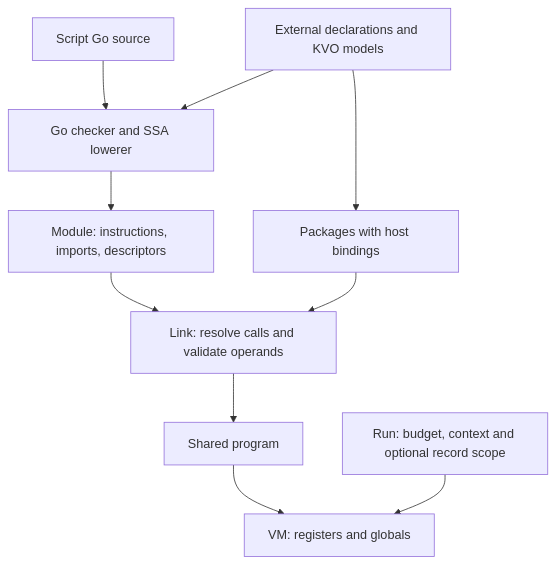
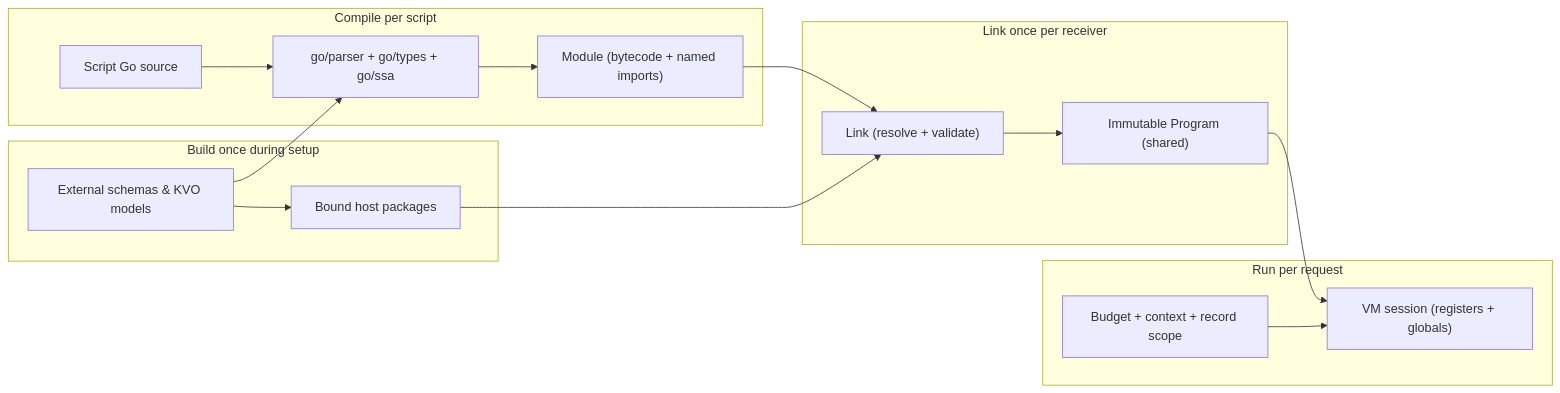
The first of 9 diagrams in _docs/EVMBook.md (andreyvit/evm), drawn with Mermaid before and after one commit. The commit also changed other lines of this file and 1 other file, not shown here.

````diff
--- a/_docs/EVMBook.md
+++ b/_docs/EVMBook.md
@@ -53,12 +166,22 @@
 ```mermaid
-flowchart TD
-    G[Script Go source] --> C[Go checker and SSA lowerer]
-    S[External declarations and KVO models] --> C
-    C --> M[Module: instructions, imports, descriptors]
-    S --> H[Packages with host bindings]
-    M --> L[Link: resolve calls and validate operands]
-    H --> L
-    L --> P[Shared program]
-    P --> V[VM: registers and globals]
-    X[Run: budget, context and optional record scope] --> V
+flowchart LR
+    subgraph Setup["Build once during setup"]
+        S["External schemas & KVO models"]
+        H["Bound host packages"]
+        S --> H
+    end
+    subgraph Compile["Compile per script"]
+        G["Script Go source"] --> C["go/parser + go/types + go/ssa"]
+        S --> C
+        C --> M["Module (bytecode + named imports)"]
+    end
+    subgraph Link["Link once per receiver"]
+        M --> L["Link (resolve + validate)"]
+        H --> L
+        L --> P["Immutable Program (shared)"]
+    end
+    subgraph Run["Run per request"]
+        P --> V["VM session (registers + globals)"]
+        X["Budget + context + record scope"] --> V
+    end
 ```
````
